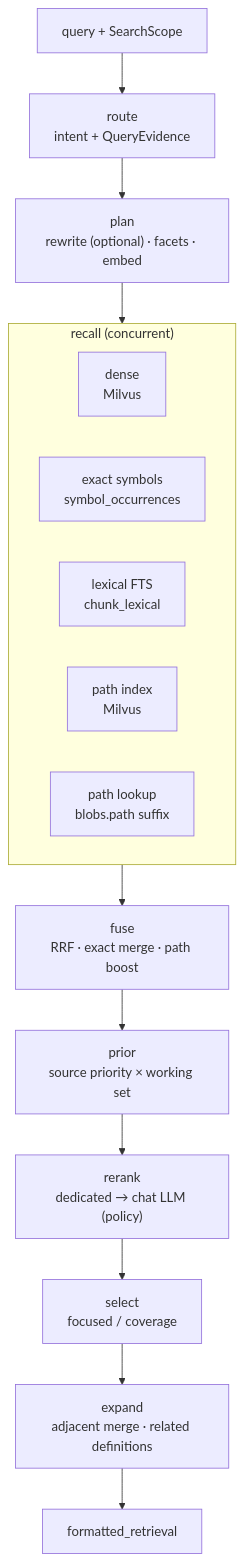
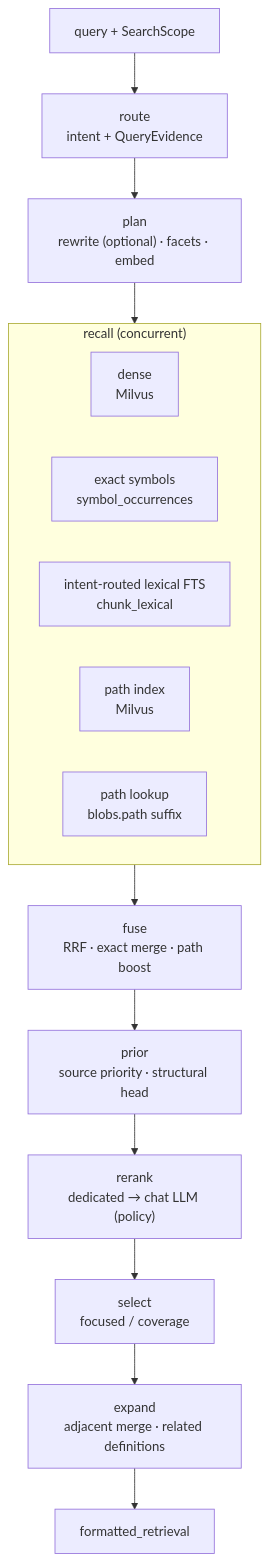
The second of 2 diagrams in README.md (JasonEX/oce), drawn with Mermaid before and after one commit. The commit also changed other lines of this file and 17 other files, not shown here.

````diff
--- a/README.md
+++ b/README.md
@@ -478,20 +486,20 @@
 ```mermaid
 flowchart TB
     Q["query + SearchScope"] --> Route["route<br/>intent + QueryEvidence"]
     Route --> Plan["plan<br/>rewrite (optional) · facets · embed"]
     Plan --> Recall
     subgraph Recall["recall (concurrent)"]
         direction LR
         Dense["dense<br/>Milvus"]
         Exact["exact symbols<br/>symbol_occurrences"]
-        Lexical["lexical FTS<br/>chunk_lexical"]
+        Lexical["intent-routed lexical FTS<br/>chunk_lexical"]
         PathIdx["path index<br/>Milvus"]
         PathLookup["path lookup<br/>blobs.path suffix"]
     end
     Recall --> Fuse["fuse<br/>RRF · exact merge · path boost"]
-    Fuse --> Prior["prior<br/>source priority × working set"]
+    Fuse --> Prior["prior<br/>source priority · structural head"]
     Prior --> Rerank["rerank<br/>dedicated → chat LLM (policy)"]
     Rerank --> Select["select<br/>focused / coverage"]
     Select --> Expand["expand<br/>adjacent merge · related definitions"]
     Expand --> Out["formatted_retrieval"]
 ```
````
